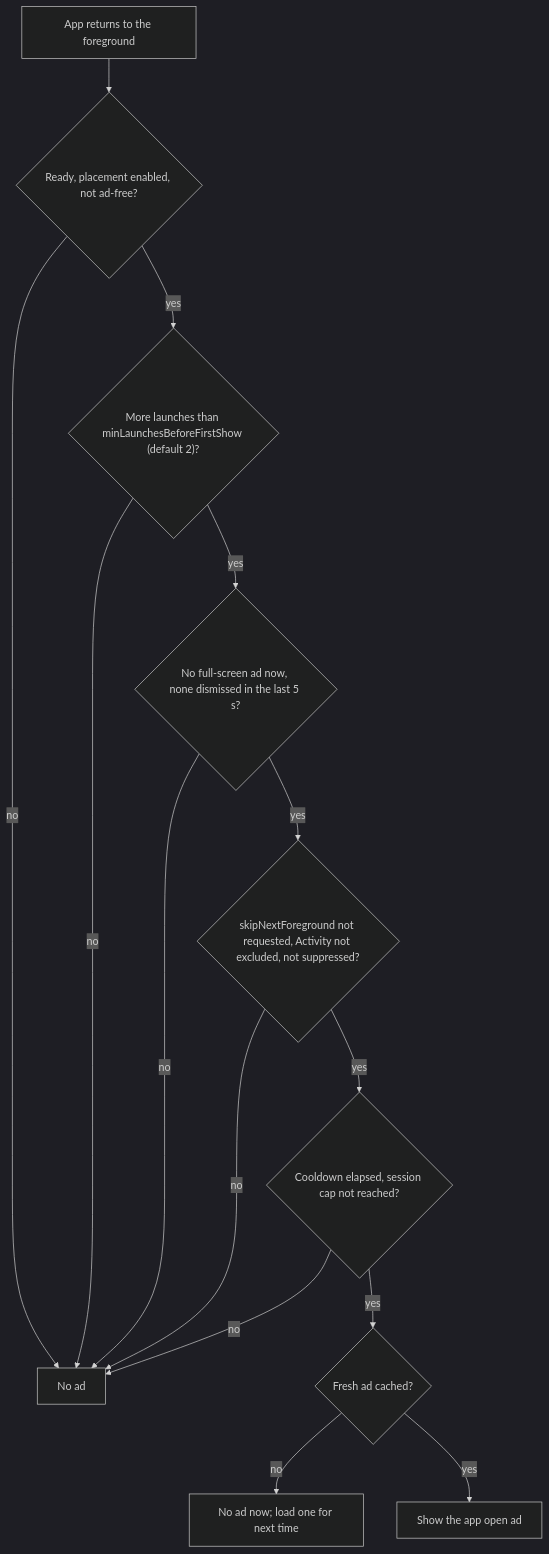
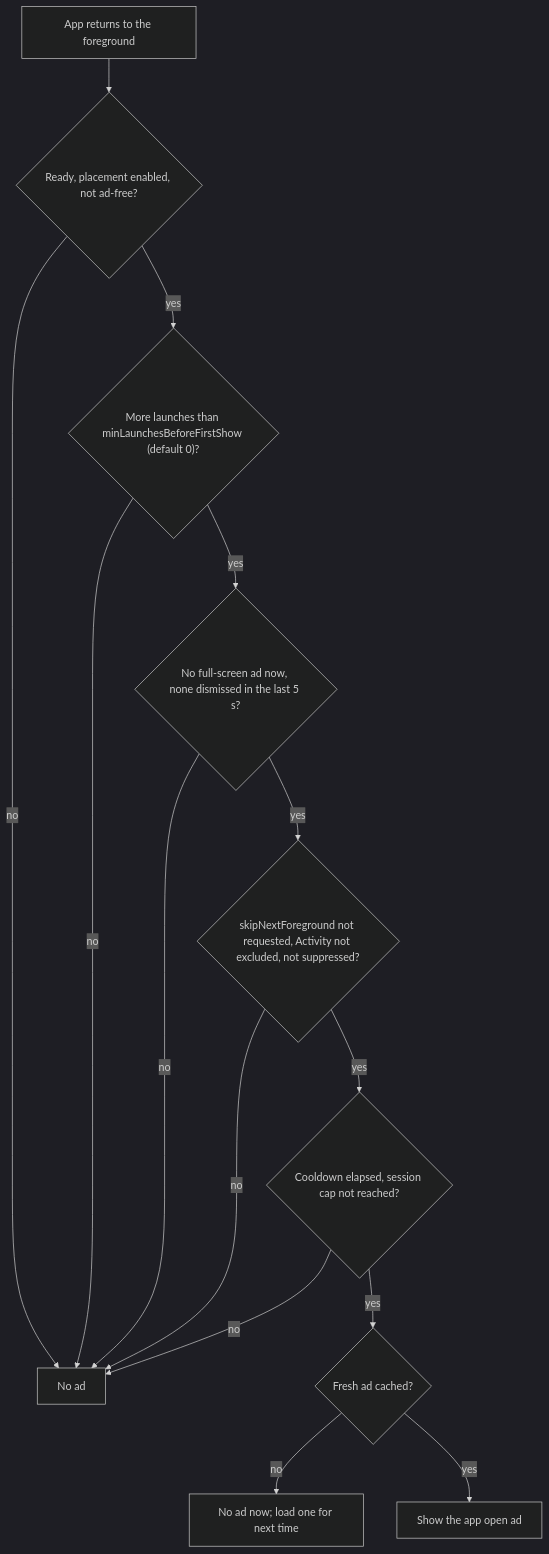
Before and after one commit to TheSobiaAkbar/Adroit: the diagram in docs/APP_OPEN.md, drawn with Mermaid (dark theme). The commit also changed other lines of this file and 15 other files, not shown here.

````diff
--- a/docs/APP_OPEN.md
+++ b/docs/APP_OPEN.md
@@ -14,16 +14,16 @@
 ```mermaid
 flowchart TD
   fg[App returns to the foreground] --> g1{Ready, placement enabled, not ad-free?}
   g1 -->|no| skip[No ad]
-  g1 -->|yes| g2{"More launches than minLaunchesBeforeFirstShow (default 2)?"}
+  g1 -->|yes| g2{"More launches than minLaunchesBeforeFirstShow (default 0)?"}
   g2 -->|no| skip
   g2 -->|yes| g3{No full-screen ad now, none dismissed in the last 5 s?}
   g3 -->|no| skip
   g3 -->|yes| g4{skipNextForeground not requested, Activity not excluded, not suppressed?}
   g4 -->|no| skip
   g4 -->|yes| g5{Cooldown elapsed, session cap not reached?}
   g5 -->|no| skip
   g5 -->|yes| g6{Fresh ad cached?}
   g6 -->|no| load[No ad now; load one for next time]
   g6 -->|yes| show[Show the app open ad]
 ```
````
